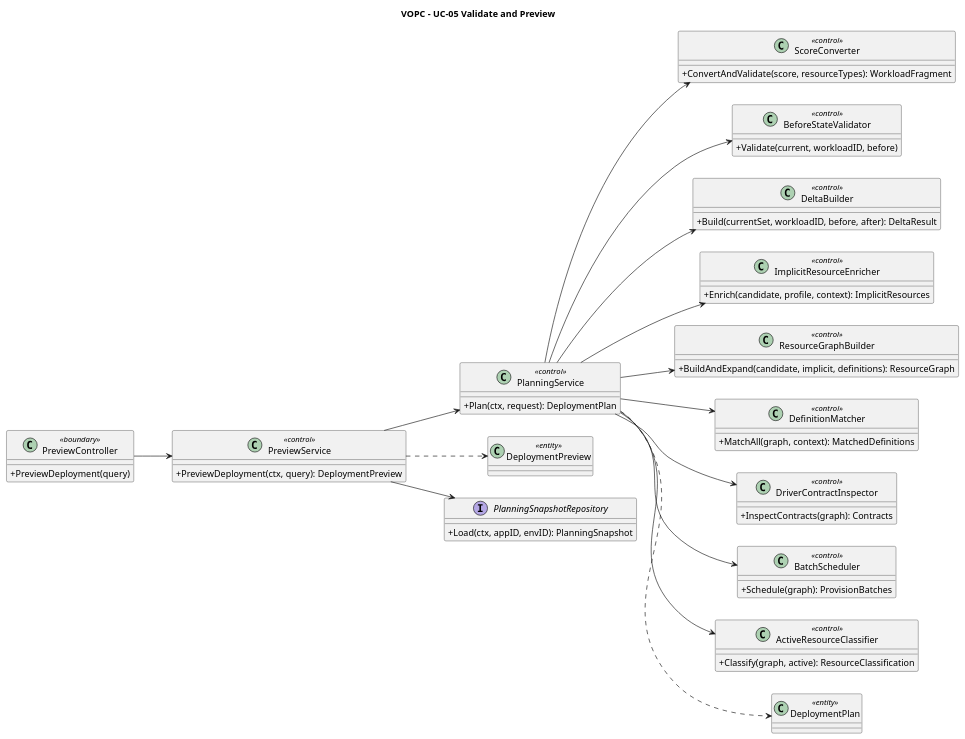
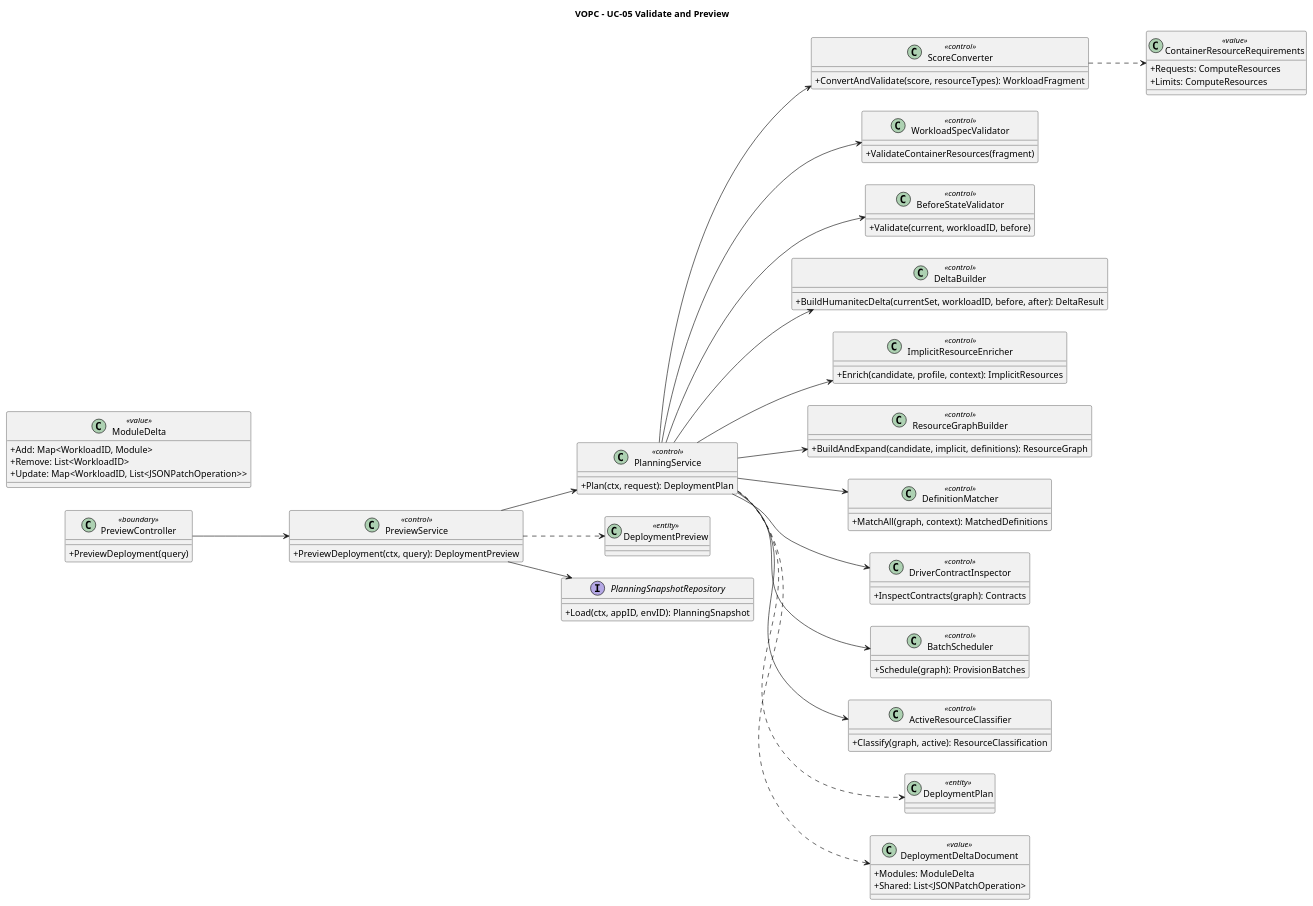
The diagram in orchestrator_docs/usecase/UC-05/vopc.puml (pr3s3nt/poc), drawn with PlantUML before and after one commit. The commit also changed 63 other files, not shown here.

```diff
--- a/orchestrator_docs/usecase/UC-05/vopc.puml
+++ b/orchestrator_docs/usecase/UC-05/vopc.puml
@@ -1,60 +1,79 @@
 @startuml
 title VOPC - UC-05 Validate and Preview
 left to right direction
 skinparam classAttributeIconSize 0
 class PreviewController <<boundary>> {
   +PreviewDeployment(query)
 }
 class PreviewService <<control>> {
   +PreviewDeployment(ctx, query): DeploymentPreview
 }
 class PlanningService <<control>> {
   +Plan(ctx, request): DeploymentPlan
 }
 class ScoreConverter <<control>> {
   +ConvertAndValidate(score, resourceTypes): WorkloadFragment
 }
+class WorkloadSpecValidator <<control>> {
+  +ValidateContainerResources(fragment)
+}
 class BeforeStateValidator <<control>> {
   +Validate(current, workloadID, before)
 }
 class DeltaBuilder <<control>> {
-  +Build(currentSet, workloadID, before, after): DeltaResult
+  +BuildHumanitecDelta(currentSet, workloadID, before, after): DeltaResult
 }
 class ImplicitResourceEnricher <<control>> {
   +Enrich(candidate, profile, context): ImplicitResources
 }
 class ResourceGraphBuilder <<control>> {
   +BuildAndExpand(candidate, implicit, definitions): ResourceGraph
 }
 class DefinitionMatcher <<control>> {
   +MatchAll(graph, context): MatchedDefinitions
 }
 class DriverContractInspector <<control>> {
   +InspectContracts(graph): Contracts
 }
 class BatchScheduler <<control>> {
   +Schedule(graph): ProvisionBatches
 }
 class ActiveResourceClassifier <<control>> {
   +Classify(graph, active): ResourceClassification
 }
 class DeploymentPlan <<entity>>
 class DeploymentPreview <<entity>>
+class DeploymentDeltaDocument <<value>> {
+  +Modules: ModuleDelta
+  +Shared: List<JSONPatchOperation>
+}
+class ModuleDelta <<value>> {
+  +Add: Map<WorkloadID, Module>
+  +Remove: List<WorkloadID>
+  +Update: Map<WorkloadID, List<JSONPatchOperation>>
+}
+class ContainerResourceRequirements <<value>> {
+  +Requests: ComputeResources
+  +Limits: ComputeResources
+}
 interface PlanningSnapshotRepository {
   +Load(ctx, appID, envID): PlanningSnapshot
 }
 PreviewController --> PreviewService
 PreviewService --> PlanningSnapshotRepository
 PreviewService --> PlanningService
 PreviewService ..> DeploymentPreview
 PlanningService --> ScoreConverter
+PlanningService --> WorkloadSpecValidator
 PlanningService --> BeforeStateValidator
 PlanningService --> DeltaBuilder
 PlanningService --> ImplicitResourceEnricher
 PlanningService --> ResourceGraphBuilder
 PlanningService --> DefinitionMatcher
 PlanningService --> DriverContractInspector
 PlanningService --> BatchScheduler
 PlanningService --> ActiveResourceClassifier
 PlanningService ..> DeploymentPlan
+PlanningService ..> DeploymentDeltaDocument
+ScoreConverter ..> ContainerResourceRequirements
 @enduml
```
